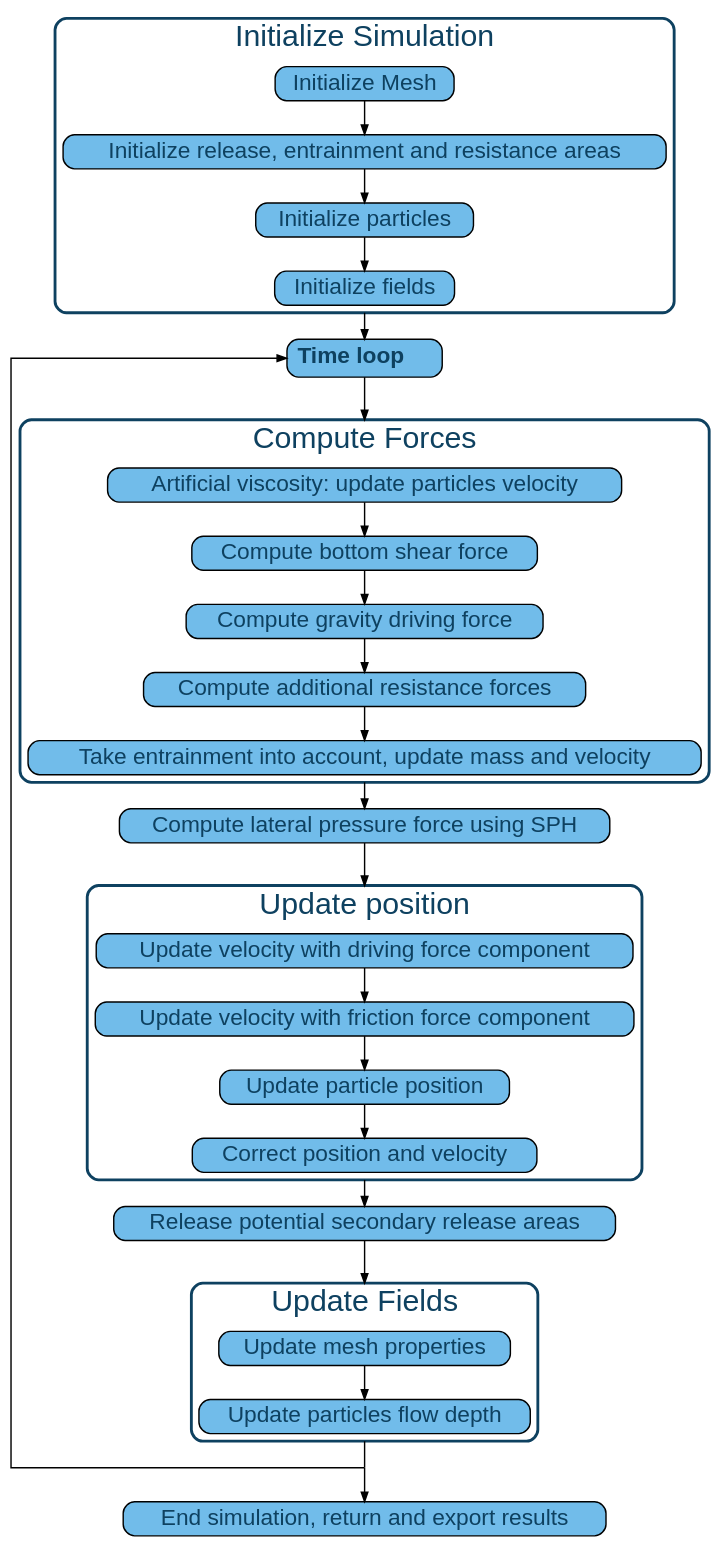
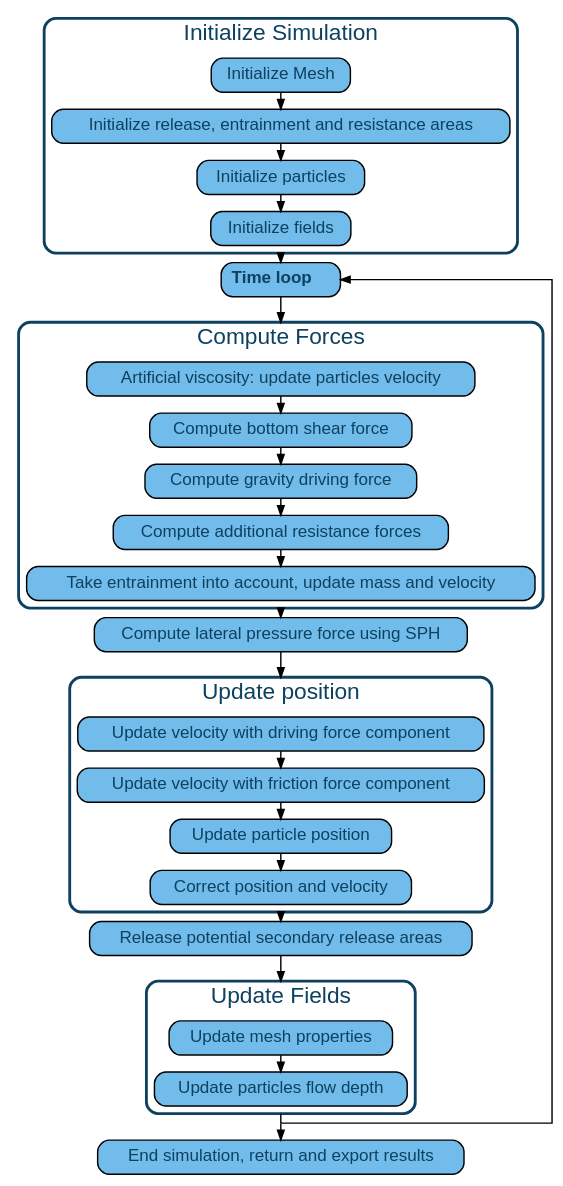
Before and after one commit to avaframe/AvaFrame: the diagram in docs/com1DFAAlgorithmGraph.dot, drawn with Graphviz. The commit also changed 1 other file, not shown here.

Commit message:
change graph font size

```diff
--- a/docs/com1DFAAlgorithmGraph.dot
+++ b/docs/com1DFAAlgorithmGraph.dot
@@ -1,142 +1,142 @@
 
 digraph "com1DFA algorithm graph" {
   /* compound=true; */
   newrank=true;
   size="100,100";
   rankdir="TB";
-  graph [compound=true, ranksep=0.5, splines=ortho, fontname="helvetica", fontsize="32" fontcolor="#0E4160"];
+  graph [compound=true, ranksep=0.25, splines=ortho, fontname="helvetica", fontsize="24" fontcolor="#0E4160"];
   /* subgraph [compound=true, ranksep=0.5, splines=ortho, fontname="helvetica", fontsize="32" fontcolor="#0E4160"]; */
-  node [shape=box style="rounded,filled" fontsize=24 fontcolor="#0E4160" fontname="helvetica" fillcolor="#51ADE5cf" penwidth=1.5];
-  edge [fontname="helvetica", fontsize="18" penwidth=1.5];
+  node [shape=box style="rounded,filled" fontsize=18 fontcolor="#0E4160" fontname="helvetica" fillcolor="#51ADE5cf" penwidth=1.5];
+  edge [fontname="helvetica", fontsize="14" penwidth=1.5];
 
   prepareMesh [label="Initialize Mesh", href="../com1DFAAlgorithm.html#initialize-mesh" tooltip="Go to: initialize mesh" target="_top"];
 
   prepareAreas [label= "Initialize release, entrainment and resistance areas",
   href="../com1DFAAlgorithm.html#initialize-release-entrainment-and-resistance-areas" tooltip="Go to: release... initialization" target="_top"];
 
   initializeParticles [label="Initialize particles", href="../com1DFAAlgorithm.html#initialize-particles" tooltip="Go to: particle initialization" target="_top"];
 
   initializeFields [label="Initialize fields", href="../com1DFAAlgorithm.html#initialize-fields" tooltip="Go to: Initialize fields" target="_top"];
 
   timeLoop [label=<
     <table border="0" cellborder="0" cellspacing="1">
      <tr><td align="left"><b>Time loop </b></td></tr>
     </table>>, href="../com1DFAAlgorithm.html#time-scheme-and-iterations" tooltip="Go to: Time scheme" target="_top"];
 
   endTimeLoop [width=0 shape=point label=""];
   intermediate0 [width=0 shape=point label=""];
   intermediate1 [width=0 shape=point label=""];
   intermediate2 [width=0 shape=point label=""];
 
 
   artifViscosity [label="Artificial viscosity: update particles velocity",
   href="../com1DFAAlgorithm.html#artificial-viscosity" tooltip="Go to: Artificial viscosity" target="_top"];
 
   computeFrictForce [label="Compute bottom shear force",
   href="../theoryCom1DFA.html#compute-friction-forces"];
 
   computeGravityForce [label="Compute gravity driving force",
   href="../com1DFAAlgorithm.html#compute-body-driving-force" tooltip="Go to: Gravity force" target="_top"];
 
   computeResForce [label="Compute additional resistance forces",
   href="../com1DFAAlgorithm.html#added-resistance-force" tooltip="Go to: Additional resistance" target="_top"];
 
   updateMassEntr [label="Take entrainment into account, update mass and velocity",
   href="../com1DFAAlgorithm.html#take-entrainment-into-account" tooltip="Go to: Add entrained mass" target="_top"];
 
   computeSPHForce [label="Compute lateral pressure force using SPH",
   href="../DFAnumerics.html#sph-gradient" title="Go to: Add lateral pressure force" target="_top"];
 
   updateVelocityDrive [label="Update velocity with driving force component",
   href="../com1DFAAlgorithm.html#update-position" tooltip="Go to: Update Position" target="_top"];
 
   updateVelocityFrict [label="Update velocity with friction force component",
   href="../com1DFAAlgorithm.html#update-position" tooltip="Go to: Update Position" target="_top"];
 
   updatePartPos [label="Update particle position",
   href="../com1DFAAlgorithm.html#update-position" tooltip="Go to: Update Position" target="_top"];
 
   correctPartPos [label="Correct position and velocity",
   href="../com1DFAAlgorithm.html#update-position" tooltip="Go to: Update Position" target="_top"];
 
   addSecRelease [label="Release potential secondary release areas",
   href="../com1DFAAlgorithm.html#add-secondary-release-area" tooltip="Go to: Secondary release" target="_top"];
 
   updateFields [label="Update mesh properties",
   href="../com1DFAAlgorithm.html#update-fields" tooltip="Go to: Update fields" target="_top"];
 
   updateParticlesFlowDepth [label="Update particles flow depth",
   href="../com1DFAAlgorithm.html#update-fields" tooltip="Go to: Update fields" target="_top"];
 
   endSimulation [label="End simulation, return and export results",
   href="../com1DFAAlgorithm.html#simulation-outputs" tooltip="Go to: Simulation outputs" target="_top"];
 
 
   initializeFields -> timeLoop [weight=10,ltail=cluster_initialization];
   timeLoop -> intermediate0 [weight=10, arrowhead=none];
   intermediate0 -> artifViscosity [weight=10,lhead=cluster_Forces];
   updateMassEntr -> computeSPHForce [weight=10, ltail=cluster_Forces];
   computeSPHForce -> intermediate1 [weight=10, arrowhead=none];
   intermediate1 -> updateVelocityDrive [weight=10,lhead=cluster_2];
   correctPartPos -> addSecRelease [weight=10,ltail=cluster_2];
   addSecRelease -> intermediate2 [weight=10, arrowhead=none];
   intermediate2 -> updateFields [weight=10,lhead=cluster_3];
   updateParticlesFlowDepth -> endTimeLoop [weight=10,ltail=cluster_3, arrowhead=none];
   endTimeLoop -> endSimulation [weight=10];
   endTimeLoop -> timeLoop [weight=1, constraint=false];
 
 
   /* prepareMesh -> timeLoop [weight=10,ltail=cluster_initialization];
   timeLoop -> artifViscosity [weight=10,lhead=cluster_Forces];
   artifViscosity -> computeSPHForce [weight=10, ltail=cluster_Forces];
   computeSPHForce -> updateVelocityDrive [weight=10,lhead=cluster_2];
   updateVelocityDrive -> addSecRelease [weight=10,ltail=cluster_2];
   addSecRelease -> updateFields [weight=10,lhead=cluster_3];
   updateFields -> endTimeLoop [weight=10,ltail=cluster_3, arrowhead=none];
   endTimeLoop -> endSimulation [weight=10];
   endTimeLoop -> timeLoop [weight=1, constraint=false]; */
 
   subgraph cluster_initialization {
     /* rank=same; */
     style="rounded";
     color="#0E4160";
     penwidth=3;
     prepareMesh -> prepareAreas[weight=10];
     prepareAreas -> initializeParticles[weight=10];
     initializeParticles -> initializeFields[weight=10];
     label = "Initialize Simulation";
   }
 
   subgraph cluster_Forces {
     /* rank=same; */
     style="rounded";
     color="#0E4160";
     penwidth=3;
     artifViscosity -> computeFrictForce[weight=10];
     computeFrictForce -> computeGravityForce[weight=10];
     computeGravityForce -> computeResForce[weight=10];
     computeResForce -> updateMassEntr[weight=10];
     label = "Compute Forces";
   }
 
   subgraph cluster_2 {
     /* rank=same; */
     updateVelocityDrive -> updateVelocityFrict [weight=10];
     updateVelocityFrict -> updatePartPos [weight=10];
     updatePartPos -> correctPartPos [weight=10];
     href="../com1DFAAlgorithm.html#update-position" tooltip="Go to: Update Position" target="_top"
     label = "Update position";
     style="rounded";
     color="#0E4160";
     penwidth=3;
   }
   subgraph cluster_3 {
     /* rank=same; */
     updateFields -> updateParticlesFlowDepth [weight=10];
     label = "Update Fields";
     style="rounded";
     color="#0E4160";
     penwidth=3;
   }
 
    }
```
